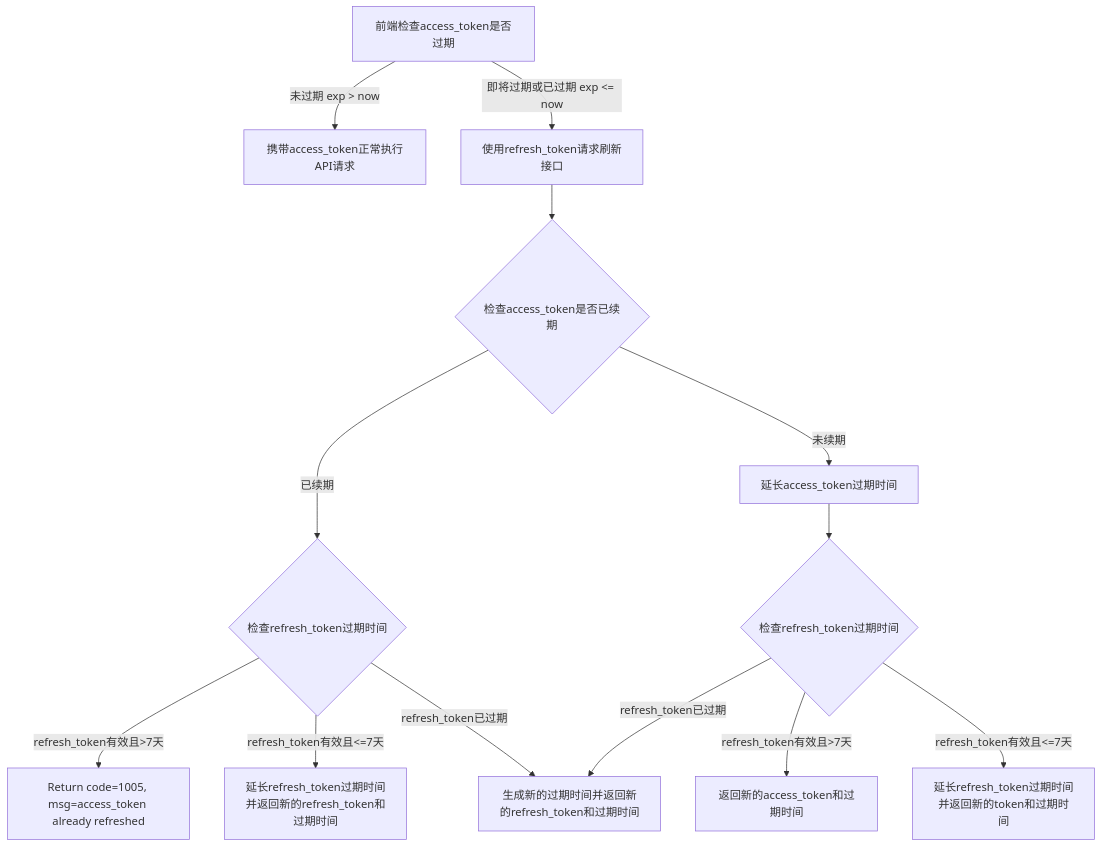
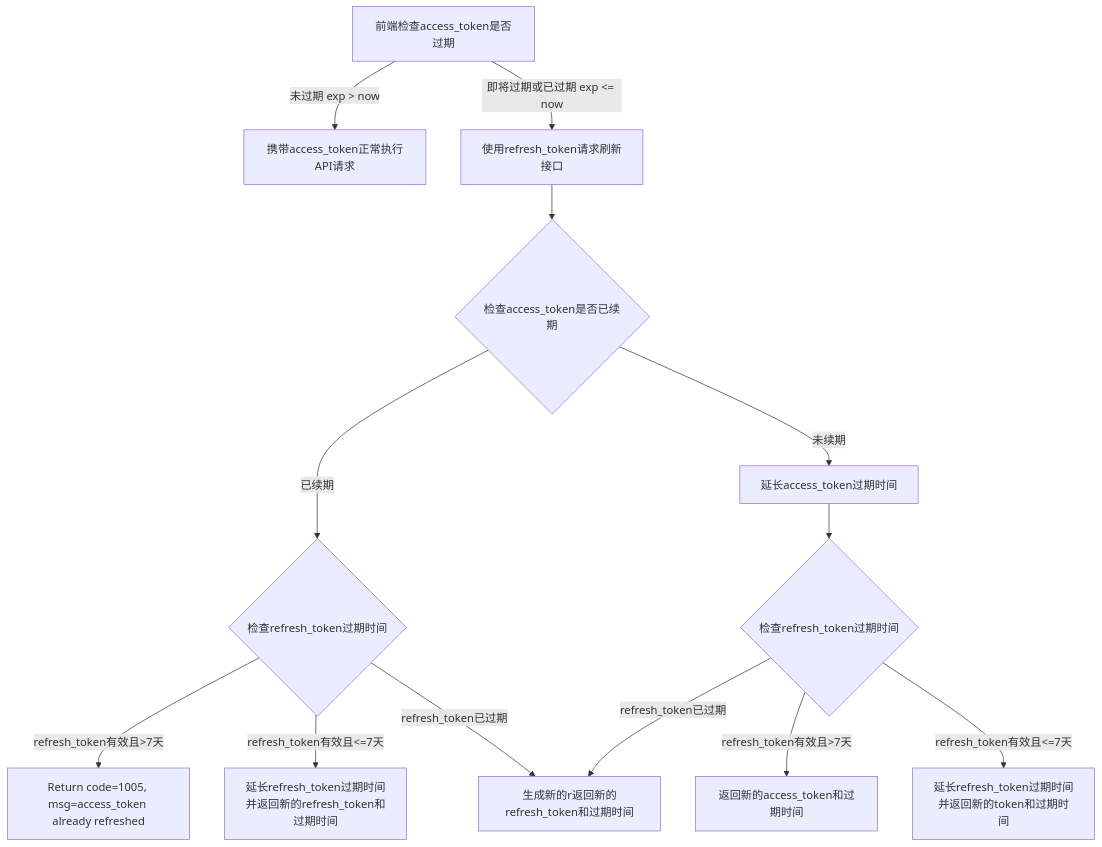
Before and after one commit to yingjianzh/iodraw-files: the diagram in all/未命名-19.md, drawn with Mermaid.

Commit message:
2025-01-09 09:27:36 update

````diff
--- a/all/未命名-19.md
+++ b/all/未命名-19.md
@@ -1,17 +1,17 @@
 ```mermaid
 flowchart TD
     A[前端检查access_token是否过期] 
     A -->|未过期 exp > now| B[携带access_token正常执行API请求]
     A -->|即将过期或已过期 exp <= now| C[使用refresh_token请求刷新接口]
     C --> D{检查access_token是否已续期}
     D -->|已续期| E{检查refresh_token过期时间}
     D -->|未续期| F[延长access_token过期时间]
     E -->|refresh_token有效且>7天| G[Return code=1005, msg=access_token already refreshed]
     E -->|refresh_token有效且<=7天| H[延长refresh_token过期时间并返回新的refresh_token和过期时间]
-    E -->|refresh_token已过期| I[生成新的过期时间并返回新的refresh_token和过期时间]
+    E -->|refresh_token已过期| I[生成新的r返回新的refresh_token和过期时间]
     F --> J{检查refresh_token过期时间}
     J -->|refresh_token有效且>7天| K[返回新的access_token和过期时间]
     J -->|refresh_token有效且<=7天| L[延长refresh_token过期时间并返回新的token和过期时间]
     J -->|refresh_token已过期| I
 
 ```
````
